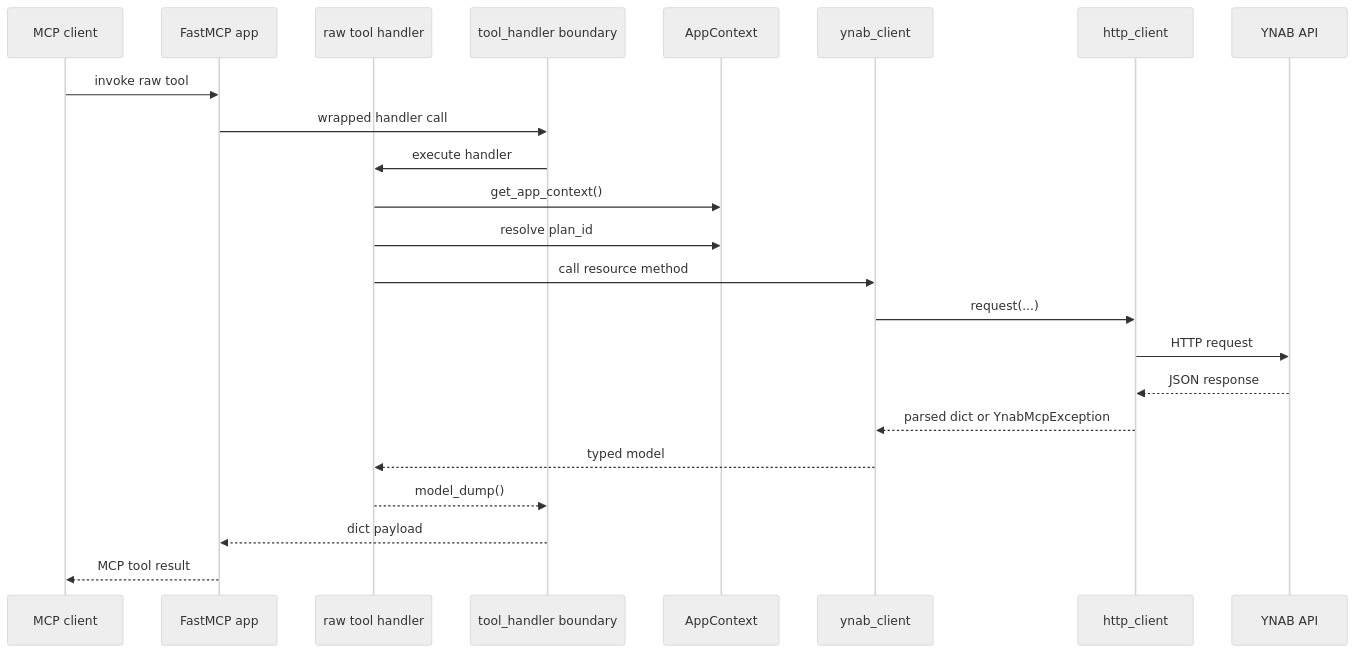
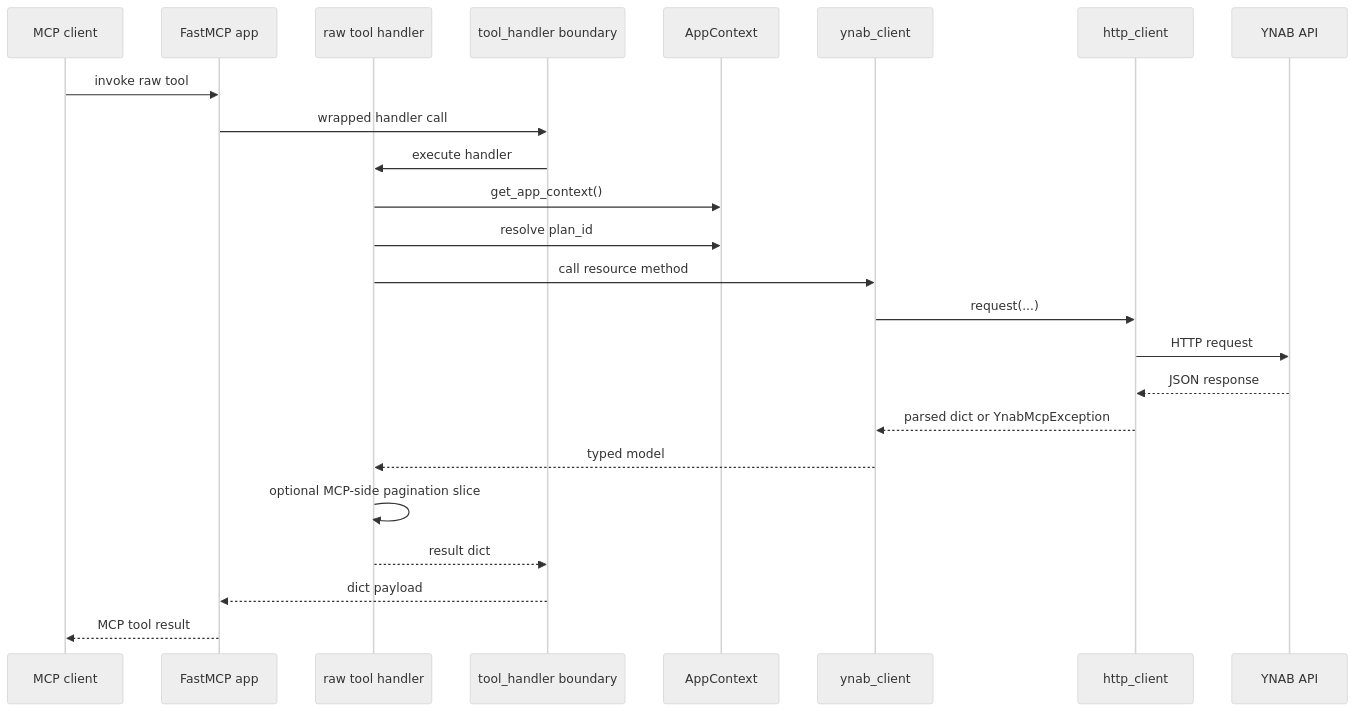
Before and after one commit to hs737/mcp-server-for-ynab: the second of 5 diagrams in docs/architecture.md, drawn with Mermaid (neutral theme). The commit also changed other lines of this file and 6 other files, not shown here.

````diff
--- a/docs/architecture.md
+++ b/docs/architecture.md
@@ -166,26 +167,27 @@
 ```mermaid
 sequenceDiagram
     participant Client as MCP client
     participant App as FastMCP app
     participant Tool as raw tool handler
     participant Boundary as tool_handler boundary
     participant Ctx as AppContext
     participant YClient as ynab_client
     participant Http as http_client
     participant YNAB as YNAB API
 
     Client->>App: invoke raw tool
     App->>Boundary: wrapped handler call
     Boundary->>Tool: execute handler
     Tool->>Ctx: get_app_context()
     Tool->>Ctx: resolve plan_id
     Tool->>YClient: call resource method
     YClient->>Http: request(...)
     Http->>YNAB: HTTP request
     YNAB-->>Http: JSON response
     Http-->>YClient: parsed dict or YnabMcpException
     YClient-->>Tool: typed model
-    Tool-->>Boundary: model_dump()
+    Tool->>Tool: optional MCP-side pagination slice
+    Tool-->>Boundary: result dict
     Boundary-->>App: dict payload
     App-->>Client: MCP tool result
 ```
````
